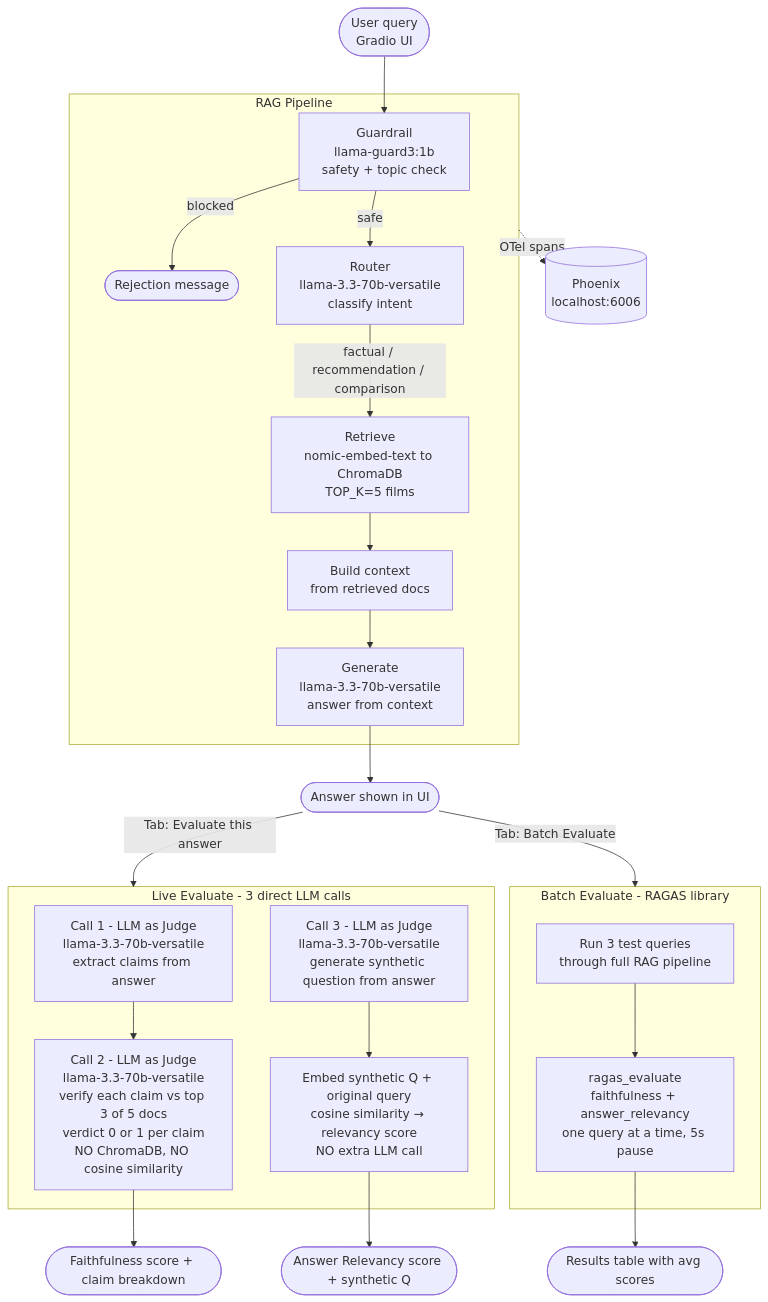
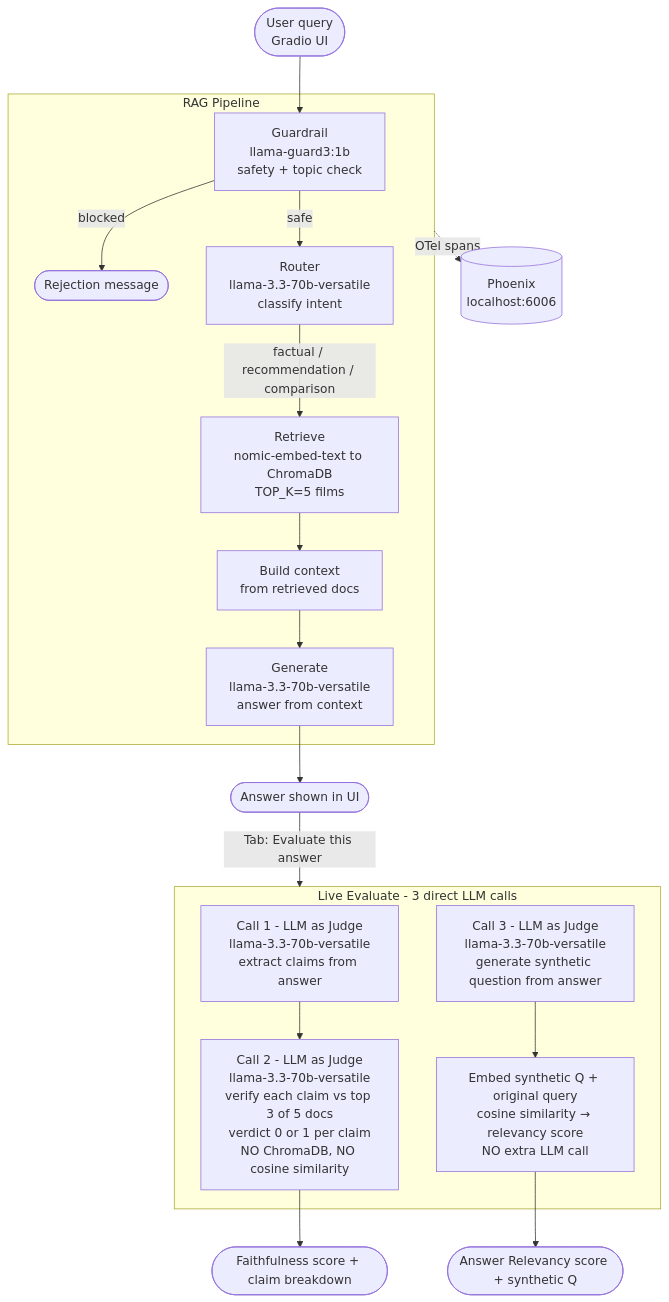
The diagram in README.md (giovannitammaroaws/local-rag-film-chatbot), drawn with Mermaid before and after one commit. The commit also changed other lines of this file, not shown here.

Commit message:
Remove Batch Evaluate from README

````diff
--- a/README.md
+++ b/README.md
@@ -37,39 +37,30 @@
 ```mermaid
 flowchart TD
     U([User query<br/>Gradio UI]) --> G
 
     subgraph PIPE[RAG Pipeline]
         G["Guardrail<br/>llama-guard3:1b<br/>safety + topic check"]
         G -->|blocked| REJ([Rejection message])
         G -->|safe| RT["Router<br/>llama-3.3-70b-versatile<br/>classify intent"]
         RT -->|factual / recommendation / comparison| RET["Retrieve<br/>nomic-embed-text to ChromaDB<br/>TOP_K=5 films"]
         RET --> CTX[Build context<br/>from retrieved docs]
         CTX --> GEN["Generate<br/>llama-3.3-70b-versatile<br/>answer from context"]
     end
 
     GEN --> ANS([Answer shown in UI])
     PIPE -.->|OTel spans| PH[(Phoenix<br/>localhost:6006)]
 
     ANS -->|Tab: Evaluate this answer| LIVE
 
     subgraph LIVE[Live Evaluate - 3 direct LLM calls]
         L1["Call 1 - LLM as Judge<br/>llama-3.3-70b-versatile<br/>extract claims from answer"]
         L2["Call 2 - LLM as Judge<br/>llama-3.3-70b-versatile<br/>verify each claim vs top 3 of 5 docs<br/>verdict 0 or 1 per claim<br/>NO ChromaDB, NO cosine similarity"]
         L3["Call 3 - LLM as Judge<br/>llama-3.3-70b-versatile<br/>generate synthetic question from answer"]
         L4["Embed synthetic Q + original query<br/>cosine similarity → relevancy score<br/>NO extra LLM call"]
         L1 --> L2
         L3 --> L4
     end
 
     L2 --> SCORE([Faithfulness score + claim breakdown])
     L4 --> SCORE2([Answer Relevancy score + synthetic Q])
-
-    ANS -->|Tab: Batch Evaluate| BATCH
-
-    subgraph BATCH[Batch Evaluate - RAGAS library]
-        B1["Run 3 test queries<br/>through full RAG pipeline"]
-        B2["ragas_evaluate<br/>faithfulness + answer_relevancy<br/>one query at a time, 5s pause"]
-    end
-
-    B1 --> B2 --> TABLE([Results table with avg scores])
 ```
````
